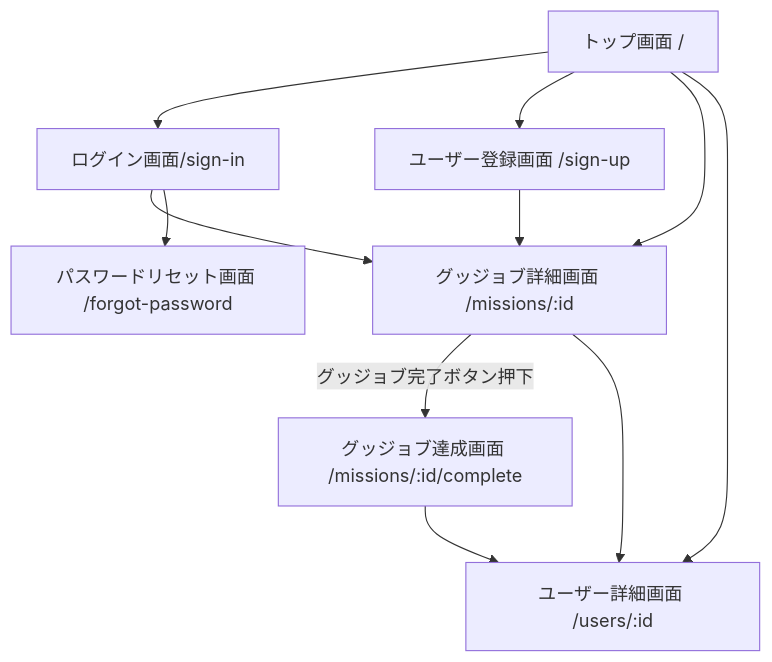
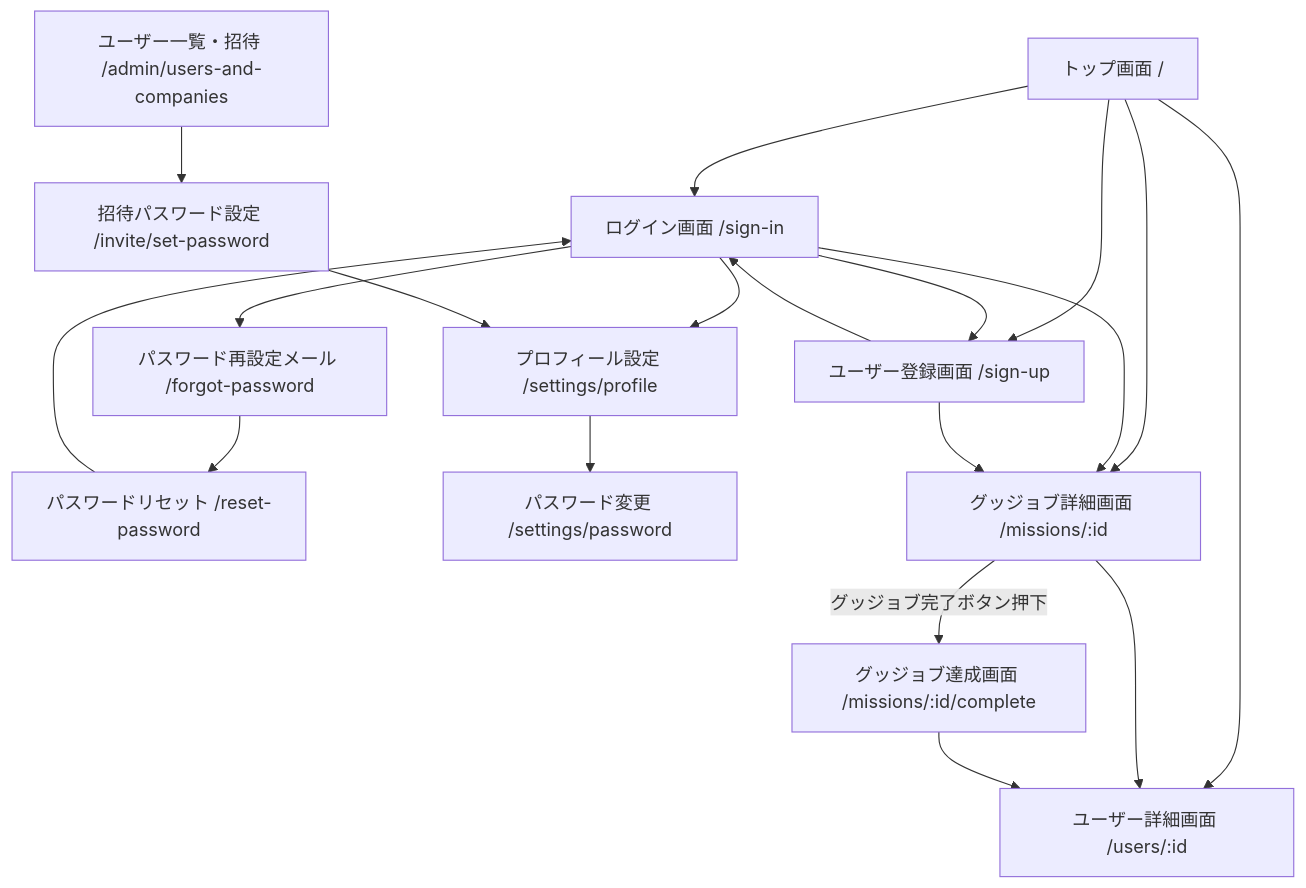
One commit to maturibayasi1025/action-board-mm changed the diagram in docs/sitemap.md. Above: the diagram before and after it, drawn with Mermaid. The commit also changed 36 other files, not shown here.

````diff
--- a/docs/sitemap.md
+++ b/docs/sitemap.md
@@ -5,24 +5,37 @@
 ```mermaid
 flowchart TD
   top[トップ画面 /]
-  signin[ログイン画面/sign-in]
+  signin[ログイン画面 /sign-in]
   signup[ユーザー登録画面 /sign-up]
-  forgot[パスワードリセット画面 /forgot-password]
+  forgot[パスワード再設定メール /forgot-password]
+  reset[パスワードリセット /reset-password]
+  invite[招待パスワード設定 /invite/set-password]
+  profile[プロフィール設定 /settings/profile]
+  password[パスワード変更 /settings/password]
+  adminUsers[ユーザー一覧・招待 /admin/users-and-companies]
   mission[グッジョブ詳細画面 /missions/:id]
   complete[グッジョブ達成画面 /missions/:id/complete]
   user[ユーザー詳細画面 /users/:id]
 
   top --> signin
   top --> signup
   top --> mission
   top --> user
 
+  signin --> signup
+  signin --> forgot
+  signin --> profile
+  forgot --> reset
+  reset --> signin
+  signup --> signin
+  adminUsers --> invite
+  invite --> profile
+  profile --> password
+
   signin --> mission
-  signin --> forgot
   signup --> mission
 
   mission --グッジョブ完了ボタン押下--> complete
   mission --> user
-
   complete --> user
 ```
````
